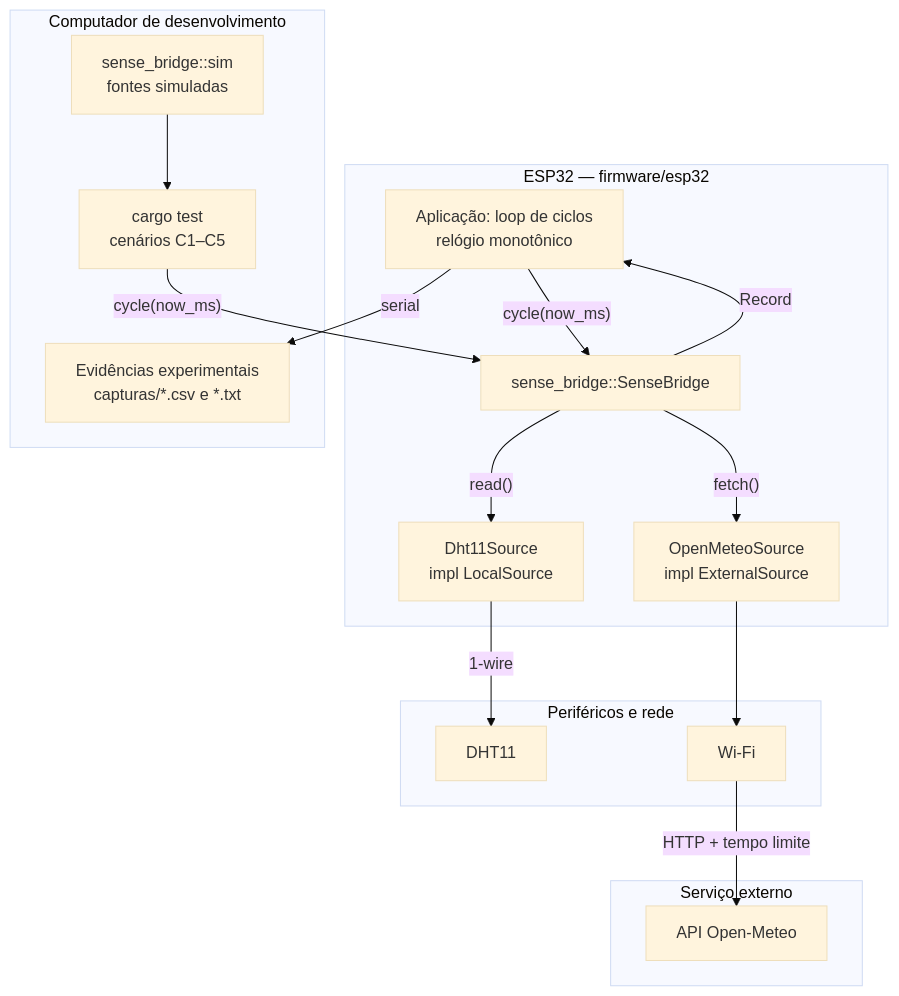
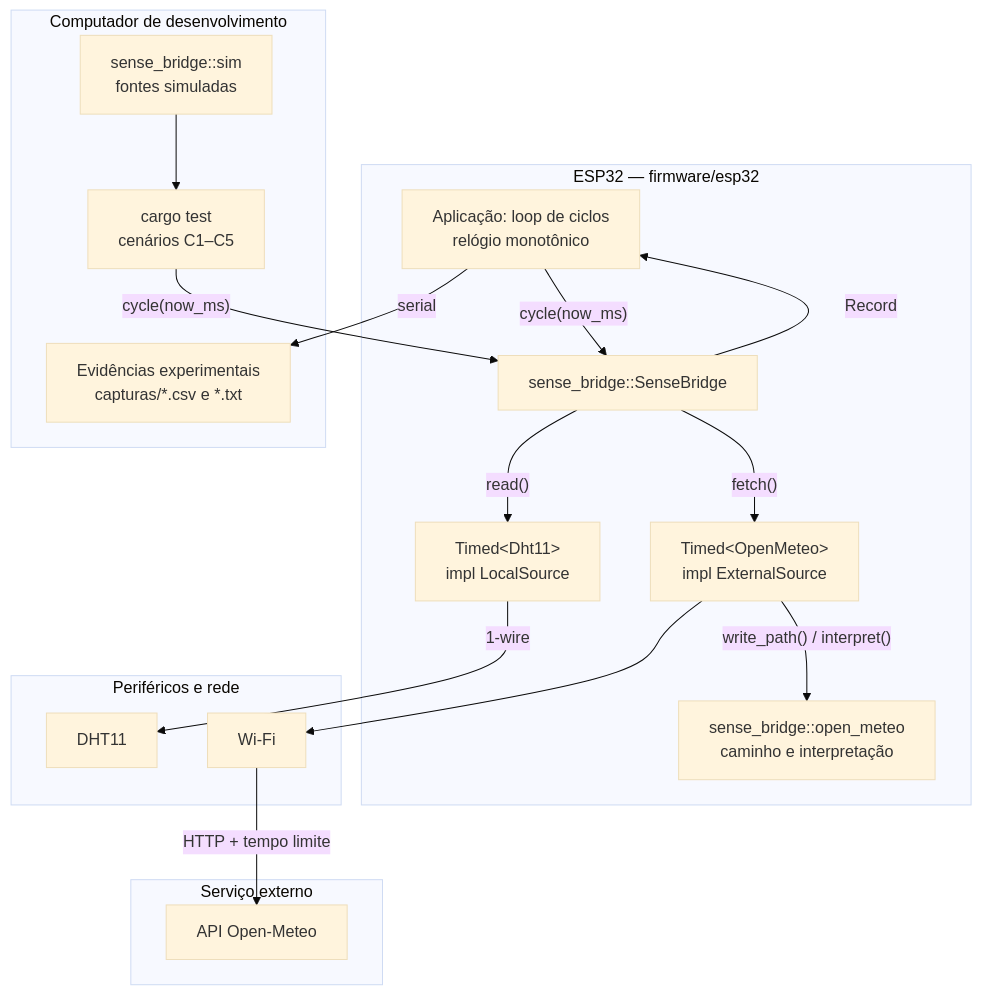
Before and after one commit to msc-sed-ufrr/SenseBridge: the first of 2 diagrams in docs/02-arch.md, drawn with Mermaid (base theme). The commit also changed other lines of this file, not shown here.

First line of the commit message:
docs: describe the open_meteo module and the firmware sources as built

````diff
--- a/docs/02-arch.md
+++ b/docs/02-arch.md
@@ -34,35 +35,37 @@
 ```mermaid
 flowchart TD
     subgraph board["ESP32 — firmware/esp32"]
         App["Aplicação: loop de ciclos<br/>relógio monotônico"]
-        Dht["Dht11Source<br/>impl LocalSource"]
-        Meteo["OpenMeteoSource<br/>impl ExternalSource"]
+        Dht["Timed&lt;Dht11&gt;<br/>impl LocalSource"]
+        Meteo["Timed&lt;OpenMeteo&gt;<br/>impl ExternalSource"]
         Bridge["sense_bridge::SenseBridge"]
+        Parse["sense_bridge::open_meteo<br/>caminho e interpretação"]
     end
 
     subgraph periph["Periféricos e rede"]
         DHT11["DHT11"]
         WIFI["Wi-Fi"]
     end
 
     subgraph ext["Serviço externo"]
         OM["API Open-Meteo"]
     end
 
     subgraph host["Computador de desenvolvimento"]
         Tests["cargo test<br/>cenários C1–C5"]
         Sim["sense_bridge::sim<br/>fontes simuladas"]
         CSV["Evidências experimentais<br/>capturas/*.csv e *.txt"]
     end
 
     App -->|"cycle(now_ms)"| Bridge
     Bridge -->|"Record"| App
     Bridge -->|"read()"| Dht
     Bridge -->|"fetch()"| Meteo
     Dht -->|"1-wire"| DHT11
     Meteo --> WIFI
+    Meteo -->|"write_path() / interpret()"| Parse
     WIFI -->|"HTTP + tempo limite"| OM
     App -->|"serial"| CSV
     Sim --> Tests
     Tests -->|"cycle(now_ms)"| Bridge
 ```
````
